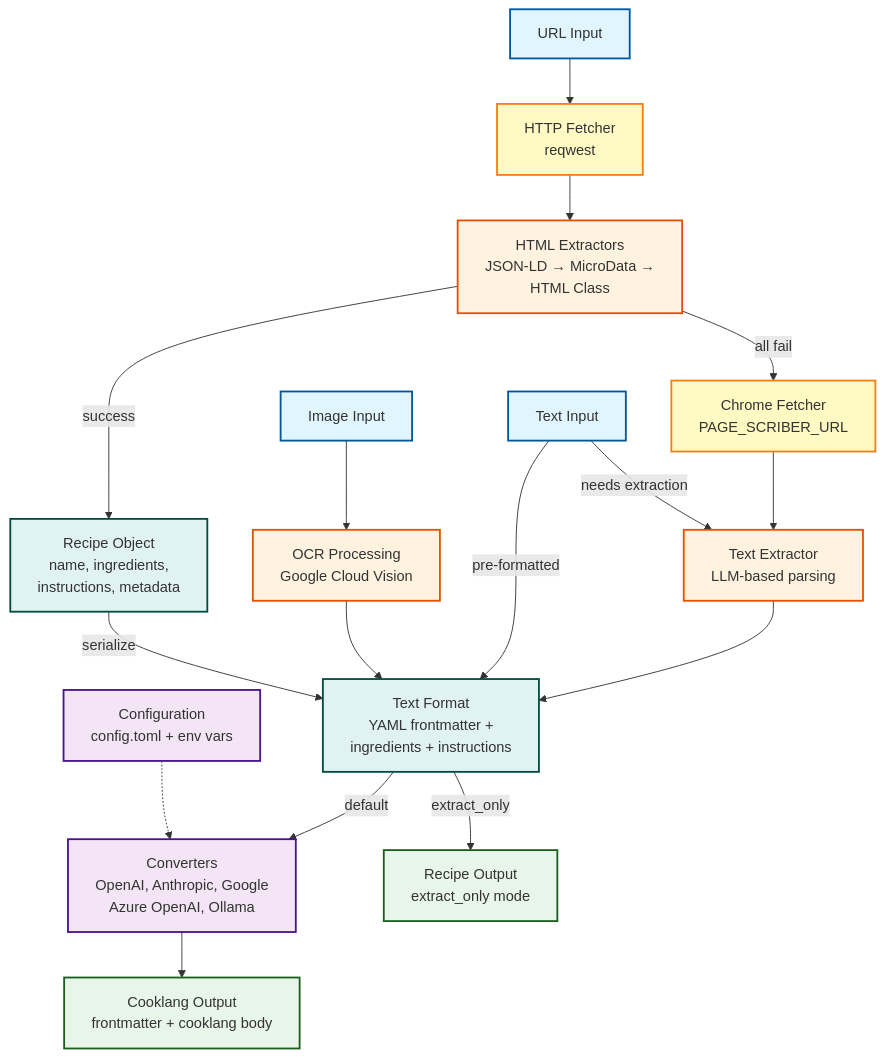
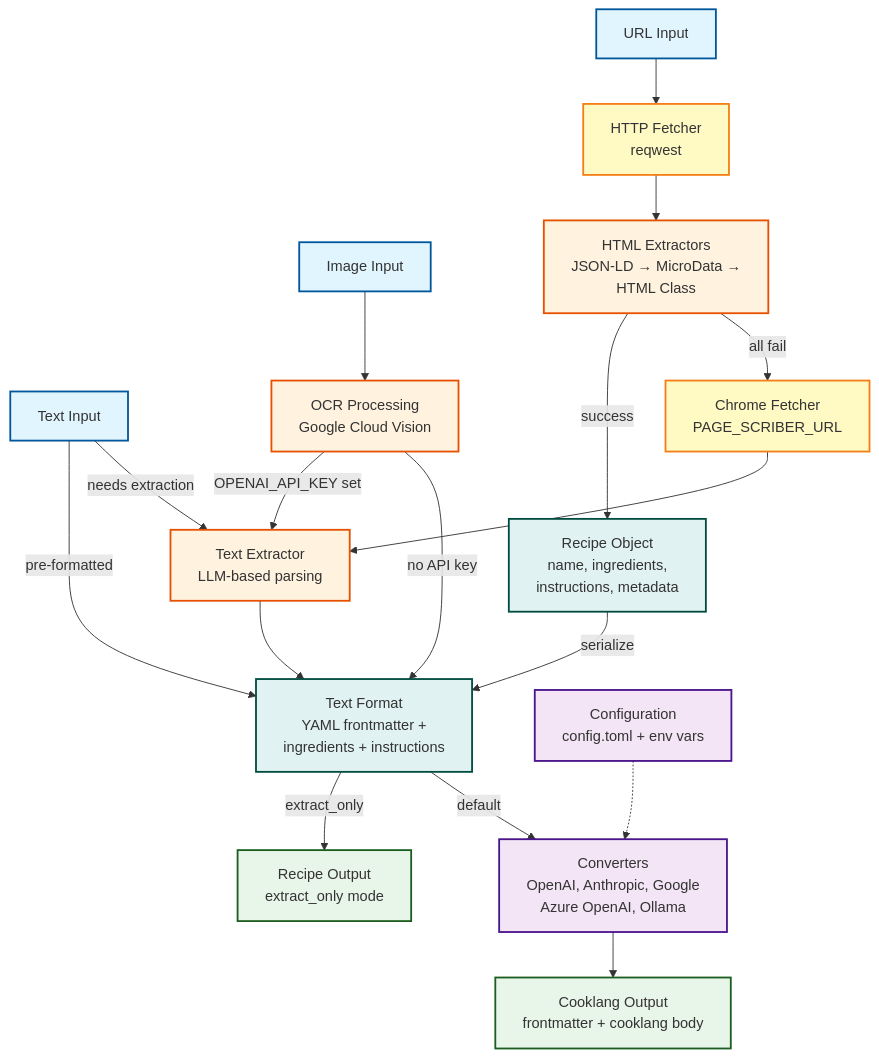
Before and after one commit to cooklang/cooklang-import: the diagram in architecture.md, drawn with Mermaid. The commit also changed other lines of this file and 7 other files, not shown here.

First line of the commit message:
feat: extract structured recipe data from image OCR (#43)

````diff
--- a/architecture.md
+++ b/architecture.md
@@ -7,67 +7,68 @@
 ```mermaid
 flowchart TB
     %% Input Sources
     URL[URL Input]
     TEXT[Text Input]
     IMAGE[Image Input]
 
     %% Fetchers
     FETCH_REQ[HTTP Fetcher<br/>reqwest]
     FETCH_CHROME[Chrome Fetcher<br/>PAGE_SCRIBER_URL]
 
     %% Processing Stages
     EXTRACT_HTML[HTML Extractors<br/>JSON-LD → MicroData →<br/>HTML Class]
     EXTRACT_TEXT[Text Extractor<br/>LLM-based parsing]
     OCR[OCR Processing<br/>Google Cloud Vision]
 
     %% Intermediate State
     RECIPE[Recipe Object<br/>name, ingredients,<br/>instructions, metadata]
     TEXT_FORMAT[Text Format<br/>YAML frontmatter +<br/>ingredients + instructions]
 
     %% Configuration
     CONFIG[Configuration<br/>config.toml + env vars]
 
     %% LLM Conversion
     CONVERTERS[Converters<br/>OpenAI, Anthropic, Google<br/>Azure OpenAI, Ollama]
 
     %% Output Modes
     RECIPE_OUT[Recipe Output<br/>extract_only mode]
     COOKLANG_OUT[Cooklang Output<br/>frontmatter + cooklang body]
 
     %% Flow connections
     URL --> FETCH_REQ
     FETCH_REQ --> EXTRACT_HTML
     EXTRACT_HTML --> |success| RECIPE
     EXTRACT_HTML --> |all fail| FETCH_CHROME
     FETCH_CHROME --> EXTRACT_TEXT
     EXTRACT_TEXT --> TEXT_FORMAT
 
     TEXT --> |pre-formatted| TEXT_FORMAT
     TEXT --> |needs extraction| EXTRACT_TEXT
 
     IMAGE --> OCR
-    OCR --> TEXT_FORMAT
+    OCR --> |OPENAI_API_KEY set| EXTRACT_TEXT
+    OCR --> |no API key| TEXT_FORMAT
 
     RECIPE --> |serialize| TEXT_FORMAT
 
     TEXT_FORMAT --> |extract_only| RECIPE_OUT
     TEXT_FORMAT --> |default| CONVERTERS
 
     CONFIG -.-> CONVERTERS
     CONVERTERS --> COOKLANG_OUT
 
     %% Styling
     classDef inputStyle fill:#e1f5ff,stroke:#01579b,stroke-width:2px
     classDef fetchStyle fill:#fff9c4,stroke:#f57f17,stroke-width:2px
     classDef processStyle fill:#fff3e0,stroke:#e65100,stroke-width:2px
     classDef dataStyle fill:#e0f2f1,stroke:#004d40,stroke-width:2px
     classDef outputStyle fill:#e8f5e9,stroke:#1b5e20,stroke-width:2px
     classDef configStyle fill:#f3e5f5,stroke:#4a148c,stroke-width:2px
 
     class URL,TEXT,IMAGE inputStyle
     class FETCH_REQ,FETCH_CHROME fetchStyle
     class EXTRACT_HTML,EXTRACT_TEXT,OCR processStyle
     class RECIPE,TEXT_FORMAT dataStyle
     class RECIPE_OUT,COOKLANG_OUT outputStyle
     class CONFIG,CONVERTERS configStyle
 ```
````
